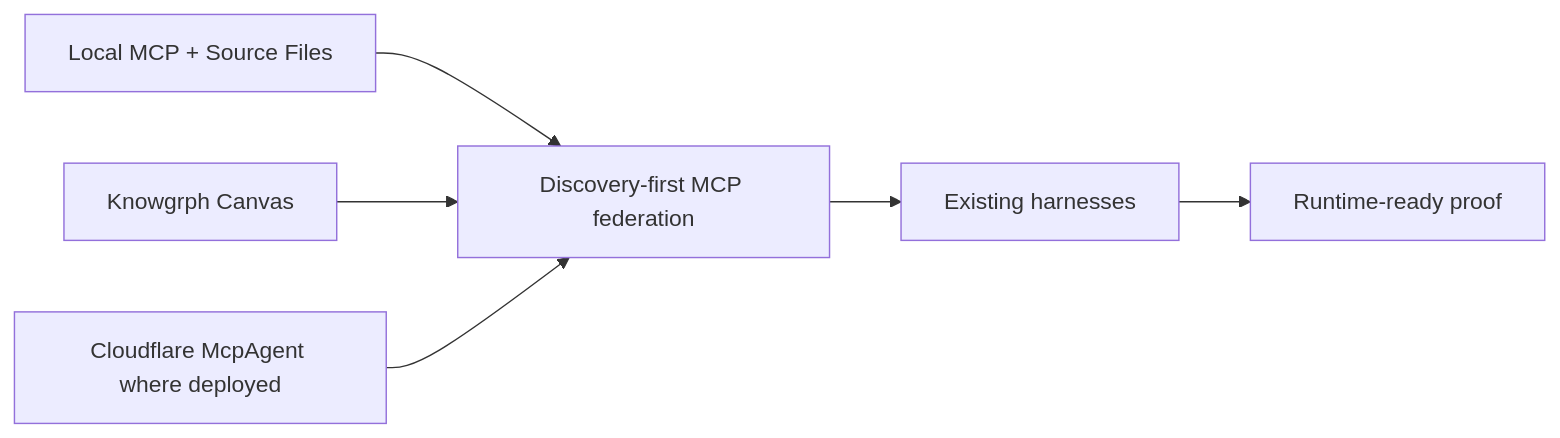
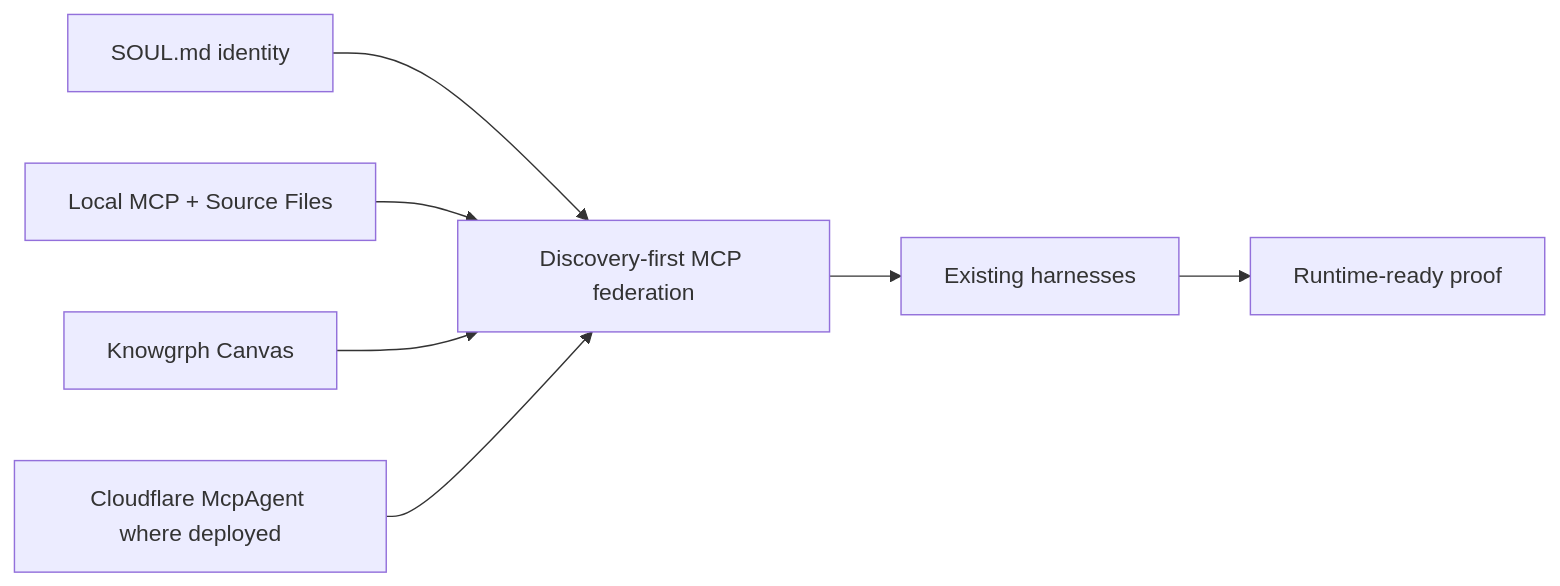
Before and after one commit to huijoohwee/huijoohwee: the diagram in agentic-os-docs/README.md, drawn with Mermaid. The commit also changed other lines of this file and 6492 other files, not shown here.

````diff
--- a/agentic-os-docs/README.md
+++ b/agentic-os-docs/README.md
@@ -50,15 +74,17 @@
 ```mermaid
 flowchart LR
   local["Local MCP + Source Files"]
+  soul["SOUL.md identity"]
   canvas["Knowgrph Canvas"]
   mcp["Cloudflare McpAgent where deployed"]
   gateway["Discovery-first MCP federation"]
   harnesses["Existing harnesses"]
   proof["Runtime-ready proof"]
 
+  soul --> gateway
   local --> gateway
   canvas --> gateway
   mcp --> gateway
   gateway --> harnesses
   harnesses --> proof
 ```
````
